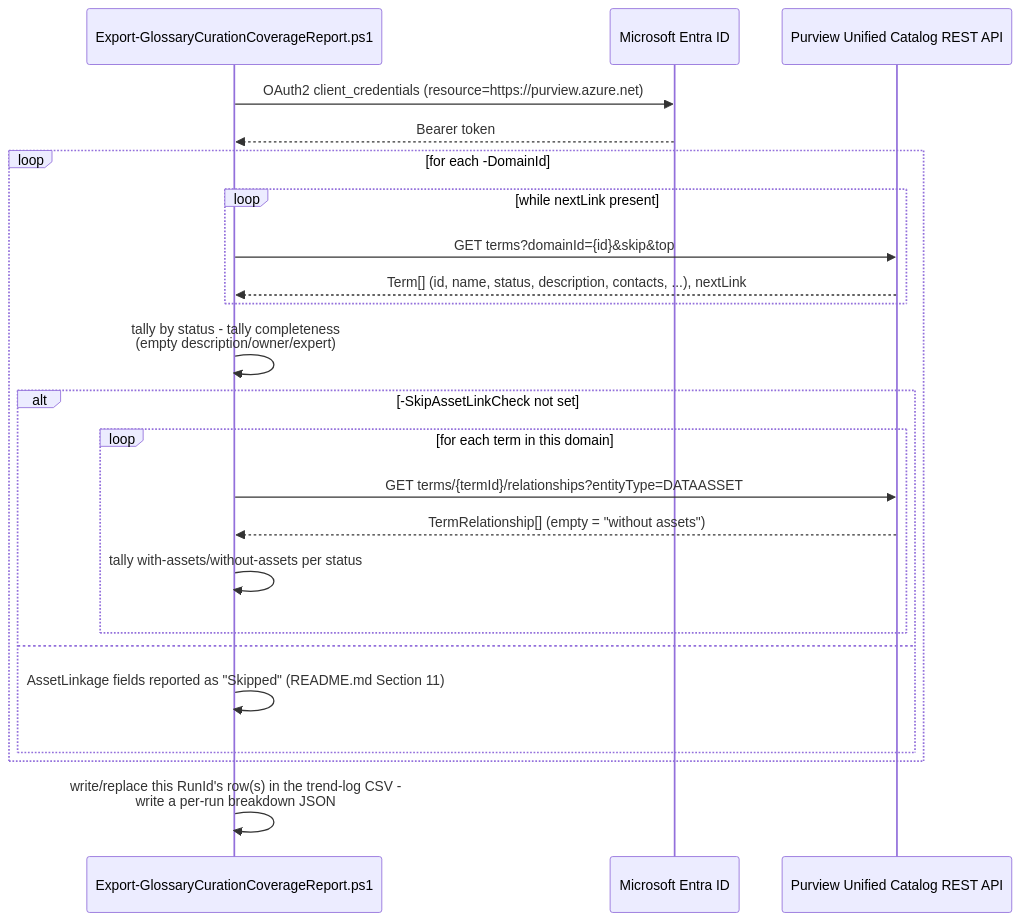
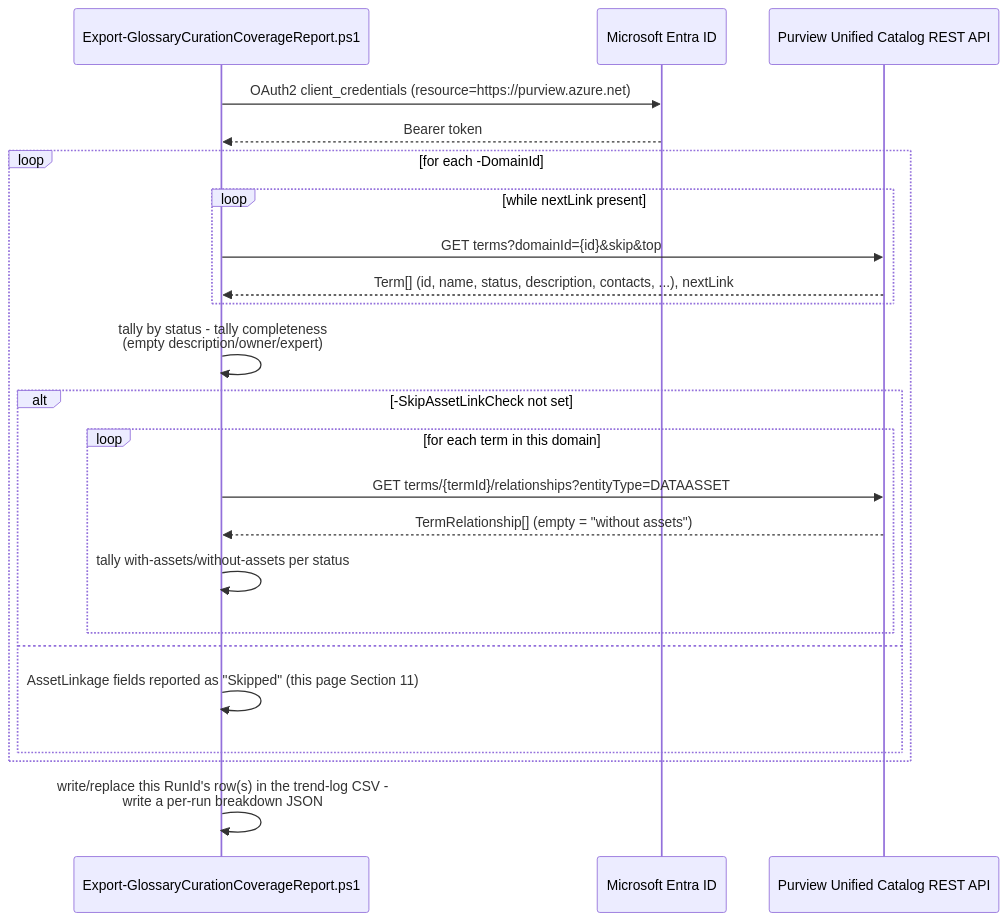
The diagram in src/content/scenarios/data-estate-insights/glossary-curation-coverage-report.design.md (kpsec1/kpsec1.github.io), drawn with Mermaid before and after one commit. The commit also changed 269 other files, not shown here.

````diff
--- a/src/content/scenarios/data-estate-insights/glossary-curation-coverage-report.design.md
+++ b/src/content/scenarios/data-estate-insights/glossary-curation-coverage-report.design.md
@@ -117,26 +117,26 @@
 ```mermaid
 sequenceDiagram
     participant Report as Export-GlossaryCurationCoverageReport.ps1
     participant AAD as Microsoft Entra ID
     participant API as Purview Unified Catalog REST API
 
     Report->>AAD: OAuth2 client_credentials (resource=https://purview.azure.net)
     AAD-->>Report: Bearer token
     loop for each -DomainId
         loop while nextLink present
             Report->>API: GET terms?domainId={id}&skip&top
             API-->>Report: Term[] (id, name, status, description, contacts, ...), nextLink
         end
         Report->>Report: tally by status -  tally completeness<br/>(empty description/owner/expert)
         alt -SkipAssetLinkCheck not set
             loop for each term in this domain
                 Report->>API: GET terms/{termId}/relationships?entityType=DATAASSET
                 API-->>Report: TermRelationship[] (empty = "without assets")
                 Report->>Report: tally with-assets/without-assets per status
             end
         else
-            Report->>Report: AssetLinkage fields reported as "Skipped" (README.md Section 11)
+            Report->>Report: AssetLinkage fields reported as "Skipped" (this page Section 11)
         end
     end
     Report->>Report: write/replace this RunId's row(s) in the trend-log CSV - <br/>write a per-run breakdown JSON
 ```
````
